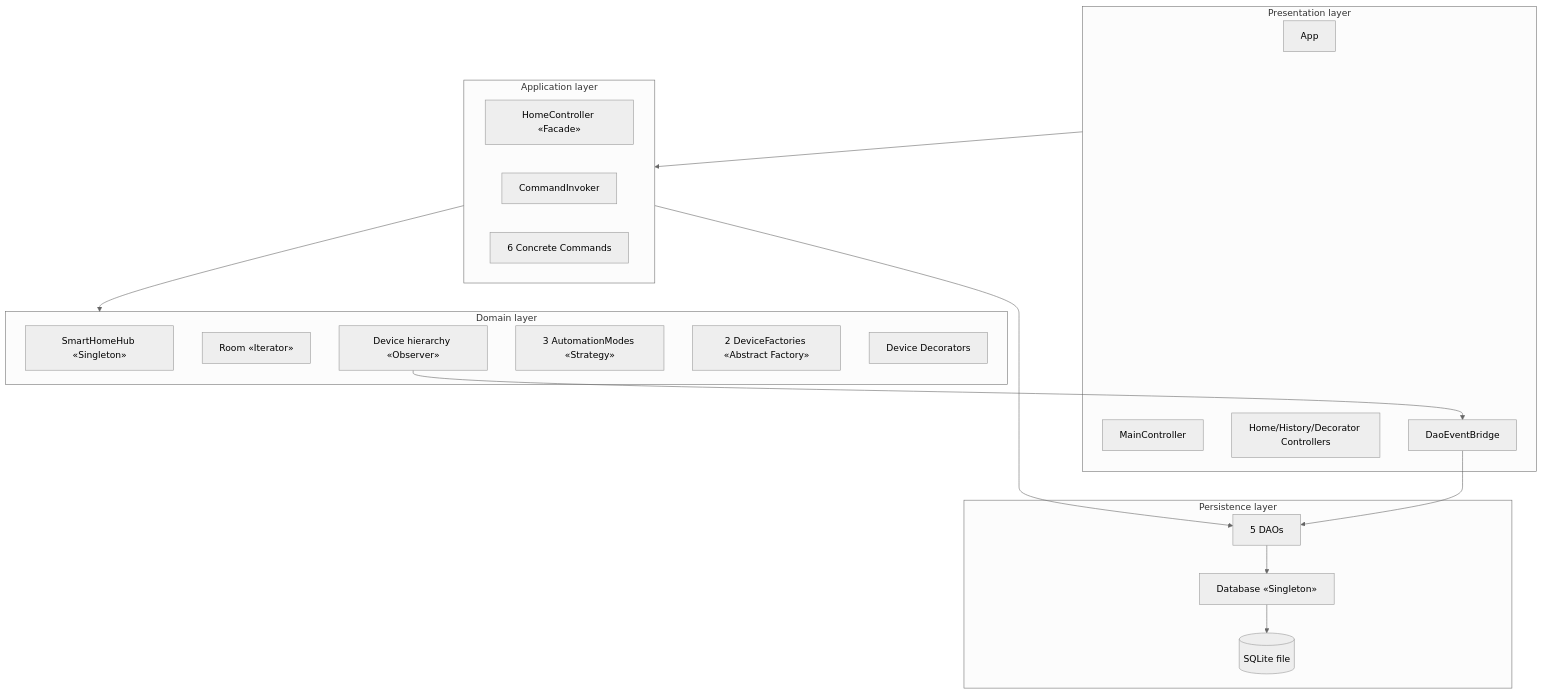
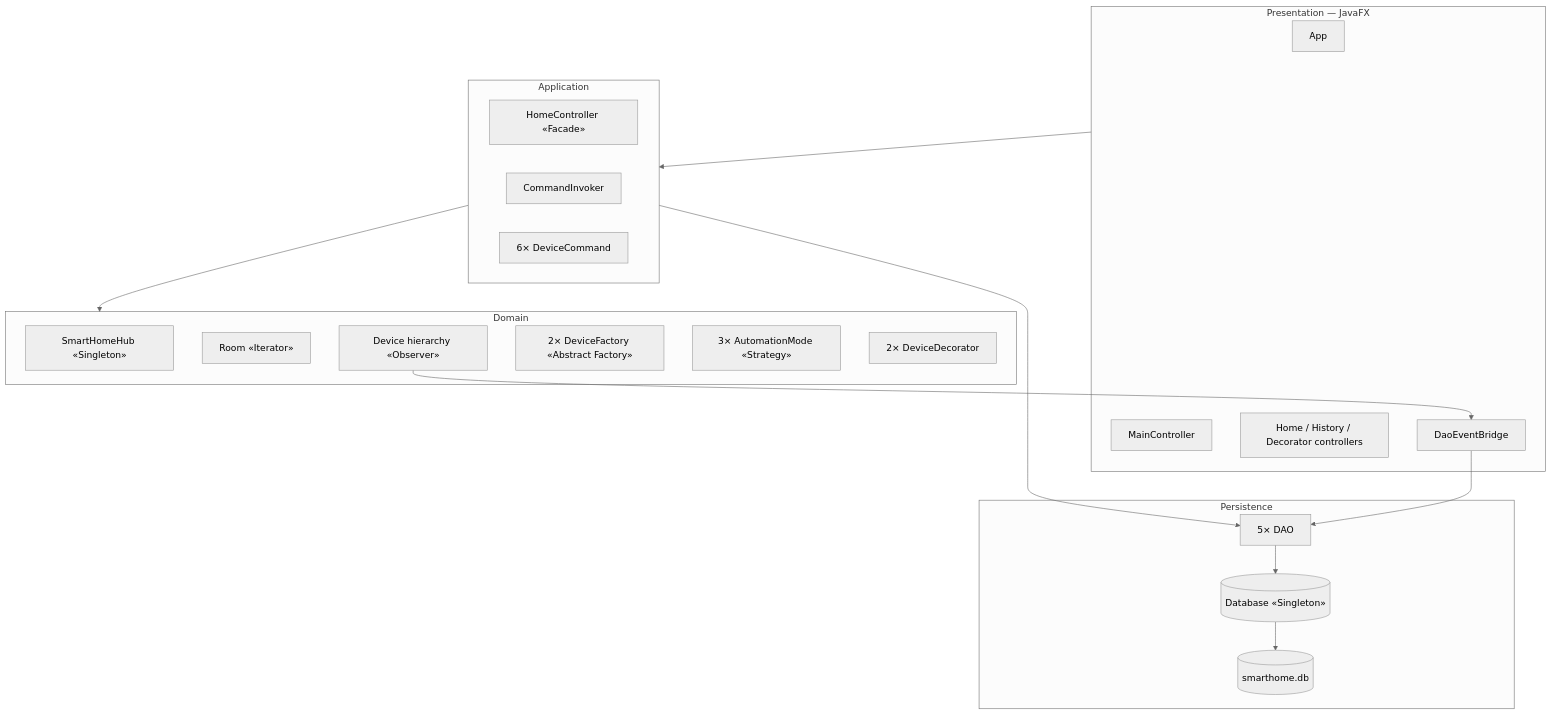
One commit to Abdullah3655/Smart-Home-Project changed the first of 11 diagrams in docs/class-diagram.md. Above: the diagram before and after it, drawn with Mermaid (neutral theme). The commit also changed other lines of this file and 1 other file, not shown here.

Commit message:
Class diagram readability: 9 focused per-pattern diagrams + simplified PlantUML

````diff
--- a/docs/class-diagram.md
+++ b/docs/class-diagram.md
@@ -270,38 +37,38 @@
 ```mermaid
 flowchart TB
-    subgraph UI [Presentation layer]
+    subgraph UI [Presentation — JavaFX]
         App
-        MainController
-        HomeUI[Home/History/Decorator Controllers]
-        DaoEventBridge
+        MainCtrl[MainController]
+        HomeUI[Home / History / Decorator controllers]
+        Bridge[DaoEventBridge]
     end
 
-    subgraph App2 [Application layer]
-        HomeController_Facade[HomeController «Facade»]
-        CommandInvoker
-        Commands[6 Concrete Commands]
+    subgraph APP [Application]
+        Facade[HomeController «Facade»]
+        Invoker[CommandInvoker]
+        Cmds[6× DeviceCommand]
     end
 
-    subgraph Domain [Domain layer]
+    subgraph DOMAIN [Domain]
         Hub[SmartHomeHub «Singleton»]
         Rooms[Room «Iterator»]
         Devices[Device hierarchy «Observer»]
-        Strategies[3 AutomationModes «Strategy»]
-        Factories[2 DeviceFactories «Abstract Factory»]
-        Decorators[Device Decorators]
+        Factories[2× DeviceFactory «Abstract Factory»]
+        Modes[3× AutomationMode «Strategy»]
+        Decorators[2× DeviceDecorator]
     end
 
-    subgraph Persistence [Persistence layer]
-        Database_DB[Database «Singleton»]
-        DAOs[5 DAOs]
-        SQLite[(SQLite file)]
+    subgraph PERSIST [Persistence]
+        DB[(Database «Singleton»)]
+        DAOs[5× DAO]
+        SQLite[(smarthome.db)]
     end
 
-    UI --> App2
-    App2 --> Domain
-    Devices --> DaoEventBridge
-    DaoEventBridge --> DAOs
-    App2 --> DAOs
-    DAOs --> Database_DB
-    Database_DB --> SQLite
+    UI --> APP
+    APP --> DOMAIN
+    Devices --> Bridge
+    Bridge --> DAOs
+    APP --> DAOs
+    DAOs --> DB
+    DB --> SQLite
 ```
````
